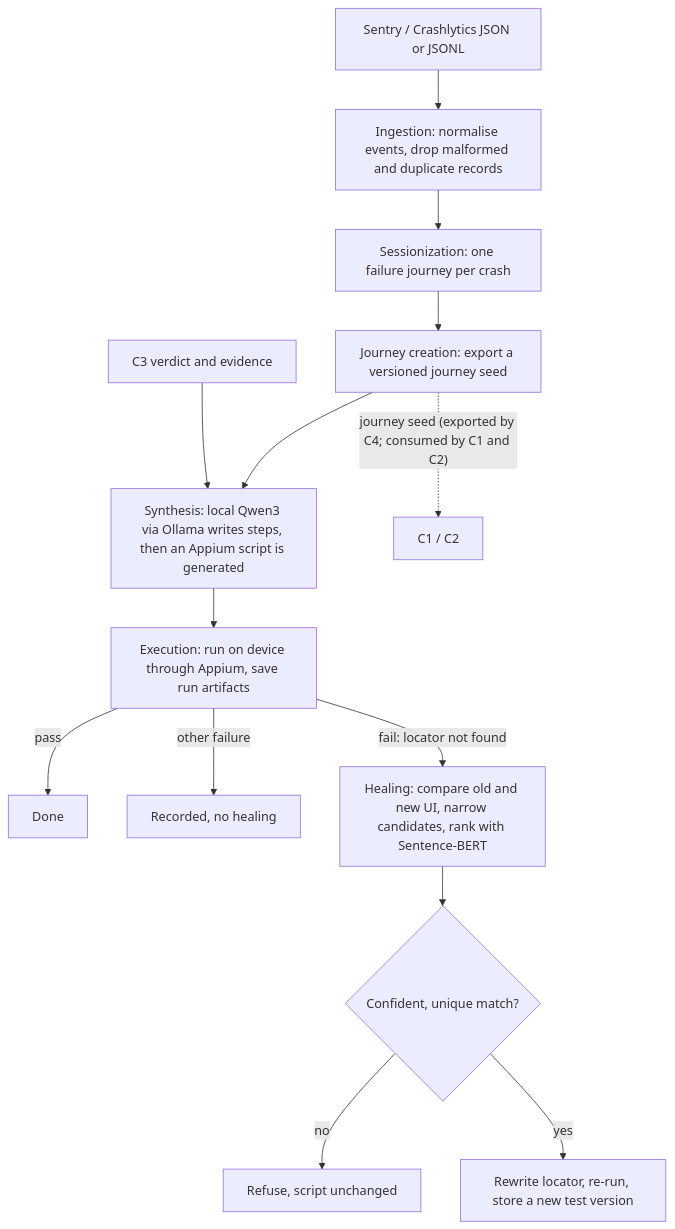
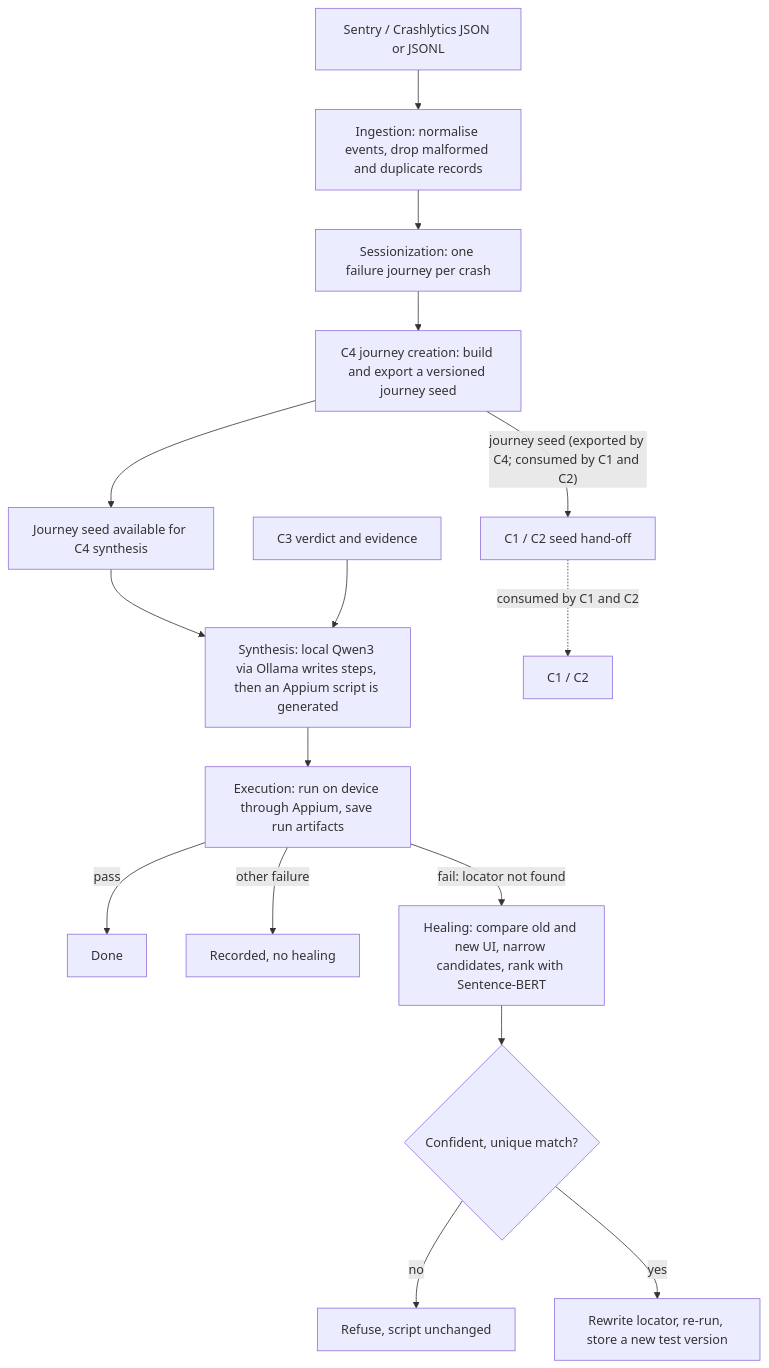
The second of 2 diagrams in component4/README.md (luqmanbooso/J26-SE-334), drawn with Mermaid before and after one commit. The commit also changed other lines of this file and 1 other file, not shown here.

````diff
--- a/component4/README.md
+++ b/component4/README.md
@@ -40,16 +43,18 @@
 ```mermaid
 flowchart TD
   A["Sentry / Crashlytics JSON or JSONL"] --> B["Ingestion: normalise events, drop malformed and duplicate records"]
   B --> C["Sessionization: one failure journey per crash"]
-  C --> JC["Journey creation: export a versioned journey seed"]
+  C --> C4["C4 journey creation: build and export a versioned journey seed"]
+  C4 --> JC["Journey seed available for C4 synthesis"]
   JC --> D["Synthesis: local Qwen3 via Ollama writes steps, then an Appium script is generated"]
   V["C3 verdict and evidence"] --> D
   D --> E["Execution: run on device through Appium, save run artifacts"]
   E -->|"pass"| F["Done"]
   E -->|"other failure"| K["Recorded, no healing"]
   E -->|"fail: locator not found"| G["Healing: compare old and new UI, narrow candidates, rank with Sentence-BERT"]
   G --> H{"Confident, unique match?"}
   H -->|"no"| I["Refuse, script unchanged"]
   H -->|"yes"| J["Rewrite locator, re-run, store a new test version"]
-  JC -. "journey seed (exported by C4; consumed by C1 and C2)" .-> C1C2["C1 / C2"]
+  C4 -->|"journey seed (exported by C4; consumed by C1 and C2)"| SEED["C1 / C2 seed hand-off"]
+  SEED -. "consumed by C1 and C2" .-> C1C2["C1 / C2"]
 ```
````
